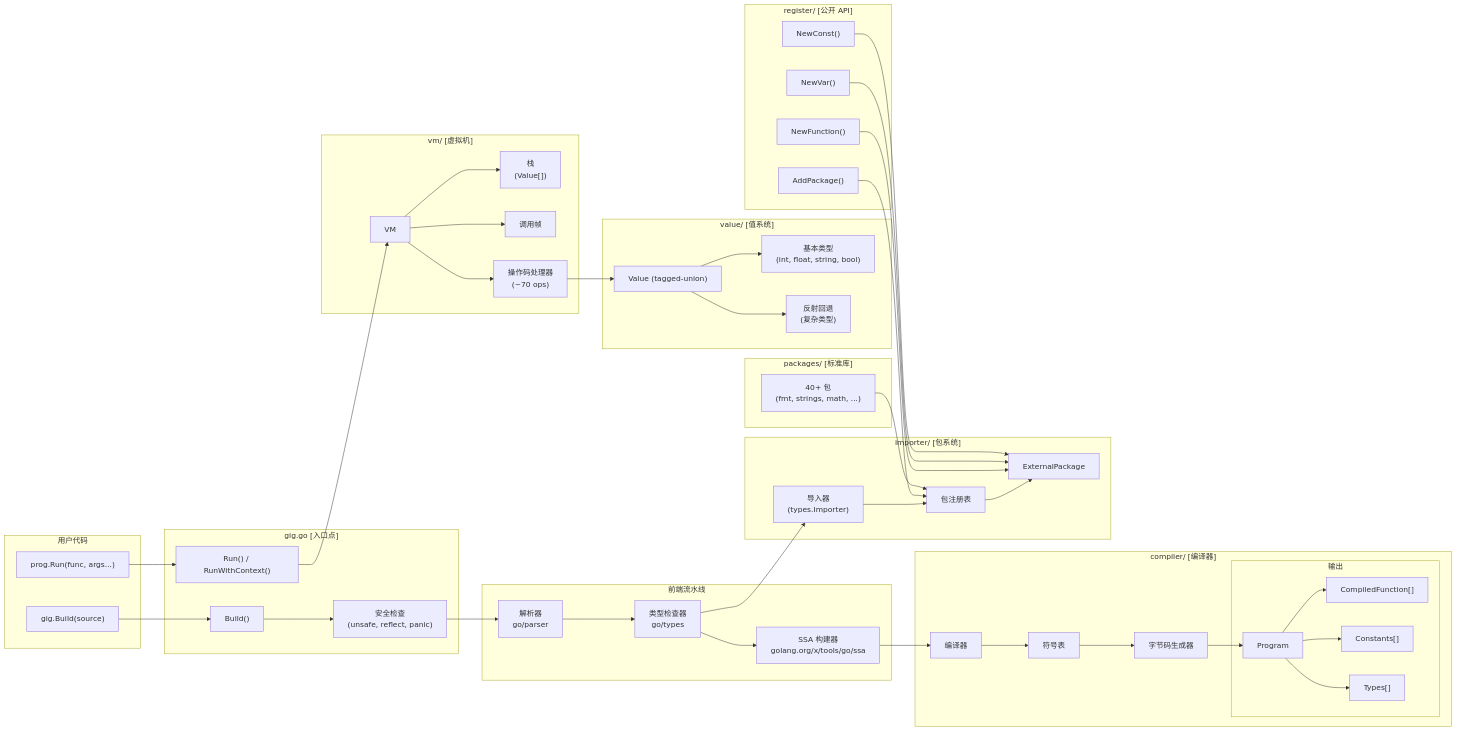
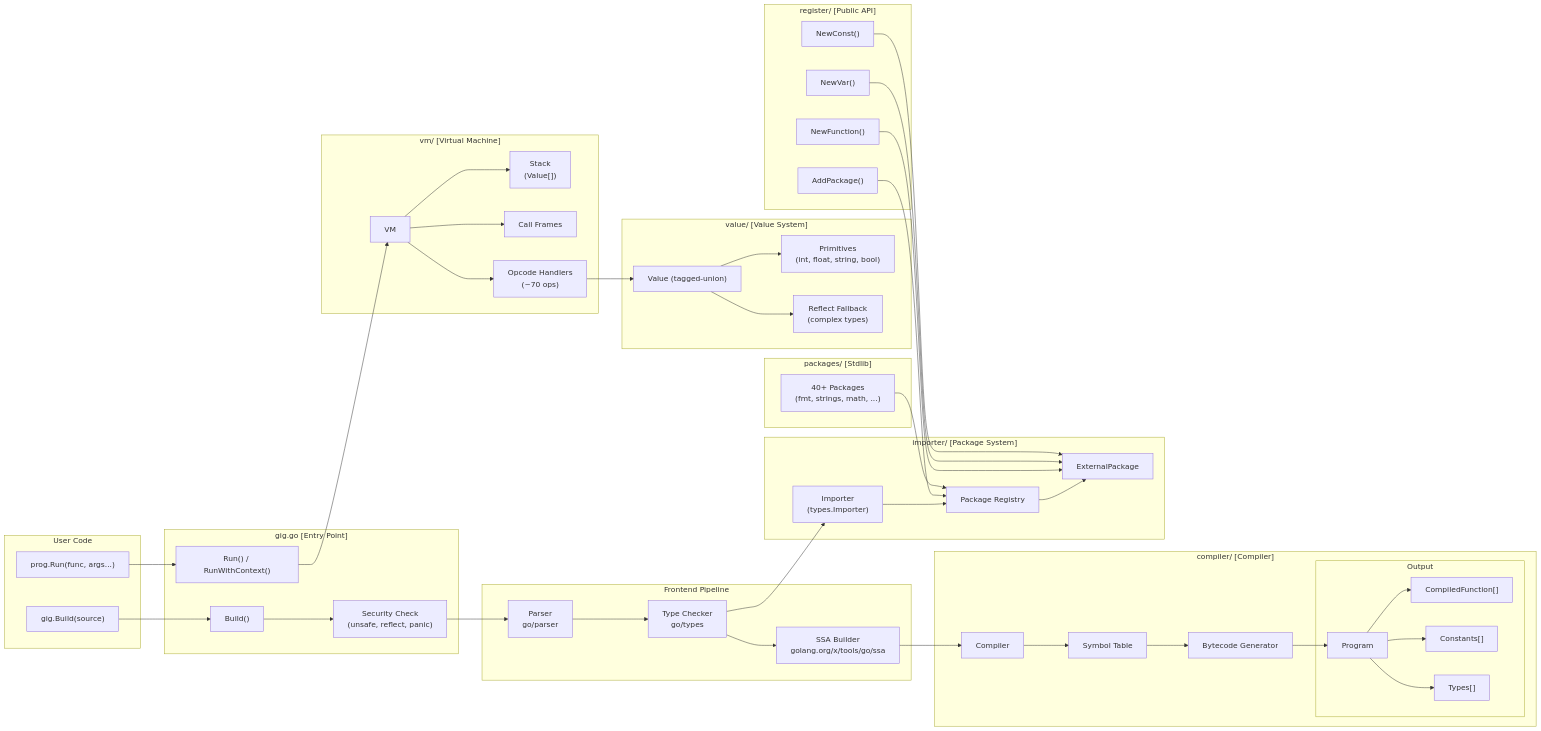
One commit to t04dJ14n9/gig changed the second of 7 diagrams in README.md. Above: the diagram before and after it, drawn with Mermaid. The commit also changed other lines of this file and 2 other files, not shown here.

````diff
--- a/README.md
+++ b/README.md
@@ -373,27 +373,27 @@
 ```mermaid
 flowchart LR
-    subgraph "用户代码"
+    subgraph "User Code"
         UC["gig.Build(source)"]
         UR["prog.Run(func, args...)"]
     end
     
-    subgraph "gig.go [入口点]"
+    subgraph "gig.go [Entry Point]"
         BUILD["Build()"]
-        SECURITY["安全检查<br/>(unsafe, reflect, panic)"]
+        SECURITY["Security Check<br/>(unsafe, reflect, panic)"]
         RUN["Run() / RunWithContext()"]
     end
     
-    subgraph "前端流水线"
-        PARSE["解析器<br/>go/parser"]
-        TC["类型检查器<br/>go/types"]
-        SSABUILD["SSA 构建器<br/>golang.org/x/tools/go/ssa"]
+    subgraph "Frontend Pipeline"
+        PARSE["Parser<br/>go/parser"]
+        TC["Type Checker<br/>go/types"]
+        SSABUILD["SSA Builder<br/>golang.org/x/tools/go/ssa"]
     end
     
-    subgraph "compiler/ [编译器]"
-        COMPILER["编译器"]
-        SYMTAP["符号表"]
-        BYTECODE["字节码生成器"]
-        subgraph "输出"
+    subgraph "compiler/ [Compiler]"
+        COMPILER["Compiler"]
+        SYMTAP["Symbol Table"]
+        BYTECODE["Bytecode Generator"]
+        subgraph "Output"
             PROG["Program"]
             CFUNC["CompiledFunction[]"]
             CCONST["Constants[]"]
@@ -401,34 +401,34 @@
         end
     end
     
-    subgraph "vm/ [虚拟机]"
+    subgraph "vm/ [Virtual Machine]"
         VM["VM"]
-        STACK["栈<br/>(Value[])"]
-        FRAMES["调用帧"]
-        OPS["操作码处理器<br/>(~70 ops)"]
+        STACK["Stack<br/>(Value[])"]
+        FRAMES["Call Frames"]
+        OPS["Opcode Handlers<br/>(~70 ops)"]
     end
     
-    subgraph "value/ [值系统]"
+    subgraph "value/ [Value System]"
         VAL["Value (tagged-union)"]
-        PRIM["基本类型<br/>(int, float, string, bool)"]
-        REF["反射回退<br/>(复杂类型)"]
+        PRIM["Primitives<br/>(int, float, string, bool)"]
+        REF["Reflect Fallback<br/>(complex types)"]
     end
     
-    subgraph "importer/ [包系统]"
-        IMP["导入器<br/>(types.Importer)"]
-        REG["包注册表"]
+    subgraph "importer/ [Package System]"
+        IMP["Importer<br/>(types.Importer)"]
+        REG["Package Registry"]
         EXTTYPE["ExternalPackage"]
     end
     
-    subgraph "register/ [公开 API]"
+    subgraph "register/ [Public API]"
         REGAPI["AddPackage()"]
         REGFUNC["NewFunction()"]
         REGVAR["NewVar()"]
         REGCONST["NewConst()"]
     end
     
-    subgraph "packages/ [标准库]"
-        STDLIB["40+ 包<br/>(fmt, strings, math, ...)"]
+    subgraph "packages/ [Stdlib]"
+        STDLIB["40+ Packages<br/>(fmt, strings, math, ...)"]
     end
     
     UC --> BUILD
````
